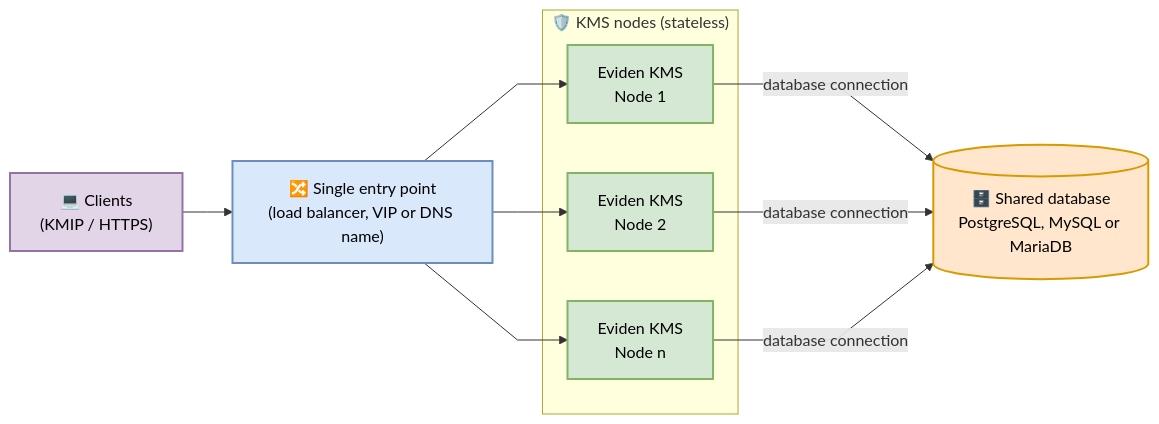
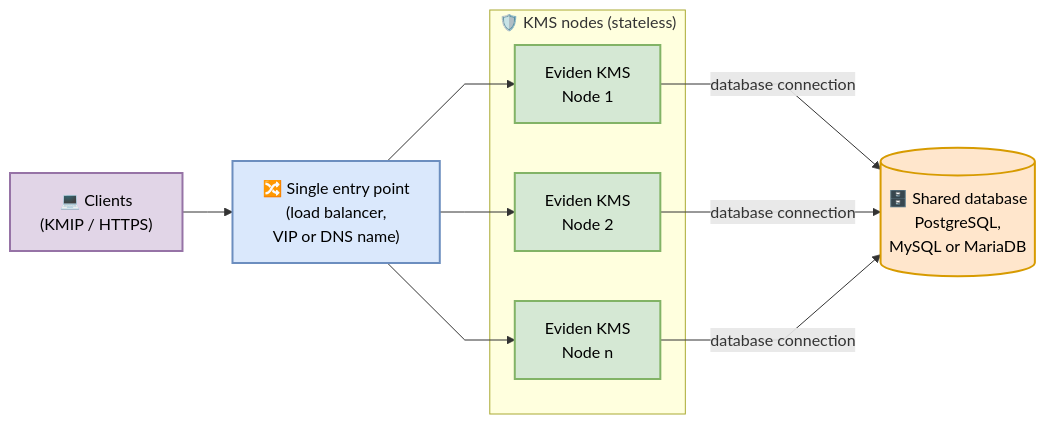
Before and after one commit to Cosmian/kms: the first of 4 diagrams in documentation/docs/installation/high_availability_mode.md, drawn with Mermaid. The commit also changed other lines of this file and 2 other files, not shown here.

First line of the commit message:
docs: wrap the Mermaid labels to the repository width limits (#1366)

````diff
--- a/documentation/docs/installation/high_availability_mode.md
+++ b/documentation/docs/installation/high_availability_mode.md
@@ -8,23 +8,23 @@
 ```mermaid
 %%{init: {"flowchart": {"curve": "linear"}}}%%
 flowchart LR
     classDef client fill:#e1d5e7,stroke:#9673a6,stroke-width:2px,color:#000
     classDef entry fill:#dae8fc,stroke:#6c8ebf,stroke-width:2px,color:#000
     classDef kms fill:#d5e8d4,stroke:#82b366,stroke-width:2px,color:#000
     classDef db fill:#ffe6cc,stroke:#d79b00,stroke-width:2px,color:#000
 
     clients["💻 Clients<br/>(KMIP / HTTPS)"]:::client
-    entry["🔀 Single entry point<br/>(load balancer, VIP or DNS name)"]:::entry
+    entry["🔀 Single entry point<br/>(load balancer,<br/>VIP or DNS name)"]:::entry
 
     subgraph kms_cluster["🛡️ KMS nodes (stateless)"]
         node1["Eviden KMS<br/>Node 1"]:::kms
         node2["Eviden KMS<br/>Node 2"]:::kms
         nodeN["Eviden KMS<br/>Node n"]:::kms
     end
 
-    db[("🗄️ Shared database<br/>PostgreSQL, MySQL or MariaDB")]:::db
+    db[("🗄️ Shared database<br/>PostgreSQL,<br/>MySQL or MariaDB")]:::db
 
     clients --> entry
     entry --> node1 & node2 & nodeN
     node1 & node2 & nodeN -->|"database connection"| db
 ```
````
